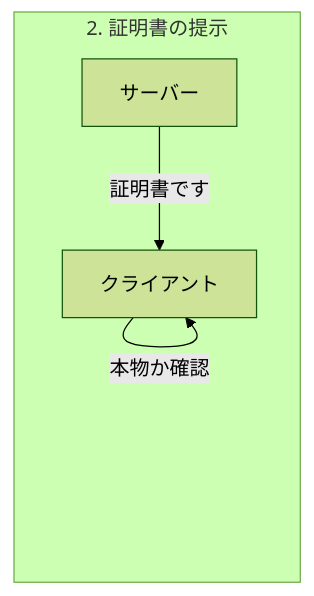
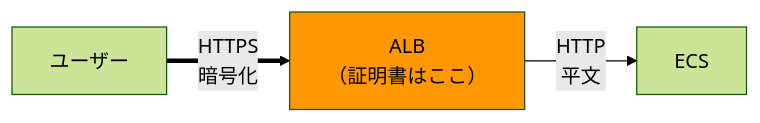
Before and after one commit to muratanaoki/party-box: diagram 15 of 15 in docs/curriculum/02-aws-http.md, drawn with Mermaid (forest theme). The commit also changed other lines of this file, not shown here.

````diff
--- a/docs/curriculum/02-aws-http.md
+++ b/docs/curriculum/02-aws-http.md
@@ -642,7 +795,7 @@
 ```mermaid
 flowchart LR
-    subgraph Step2["2. 証明書の提示"]
-        S2["サーバー"] -->|証明書です| C2["クライアント"]
-        C2 -->|本物か確認| C2
-    end
+    User["ユーザー"] ==>|HTTPS<br/>暗号化| ALB["ALB<br/>（証明書はここ）"]
+    ALB -->|HTTP<br/>平文| ECS["ECS"]
+
+    style ALB fill:#ff9800
 ```
````
